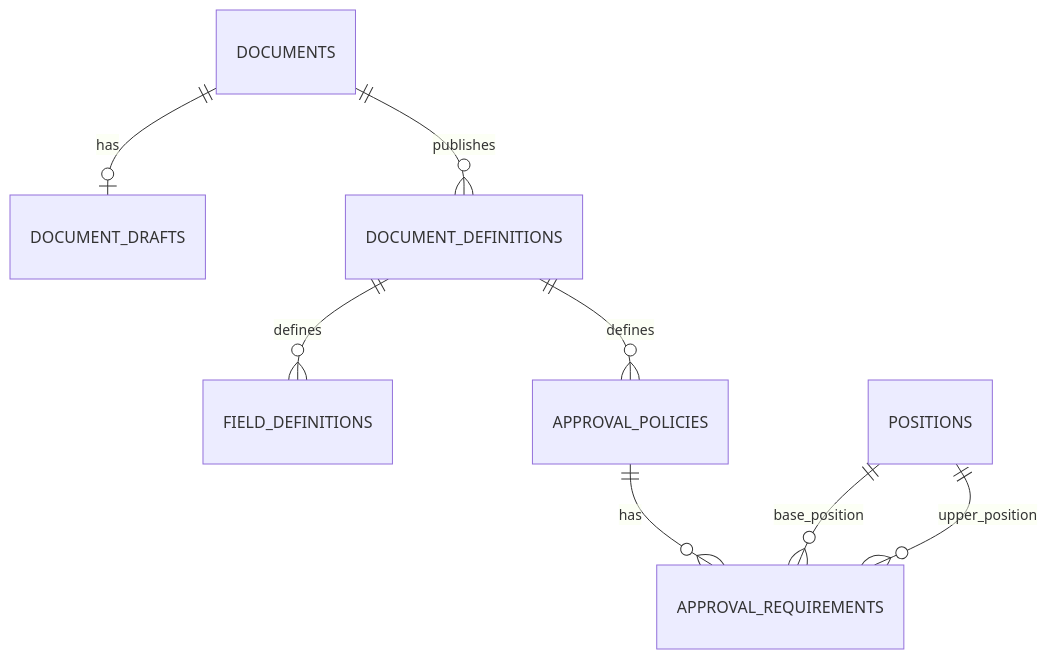
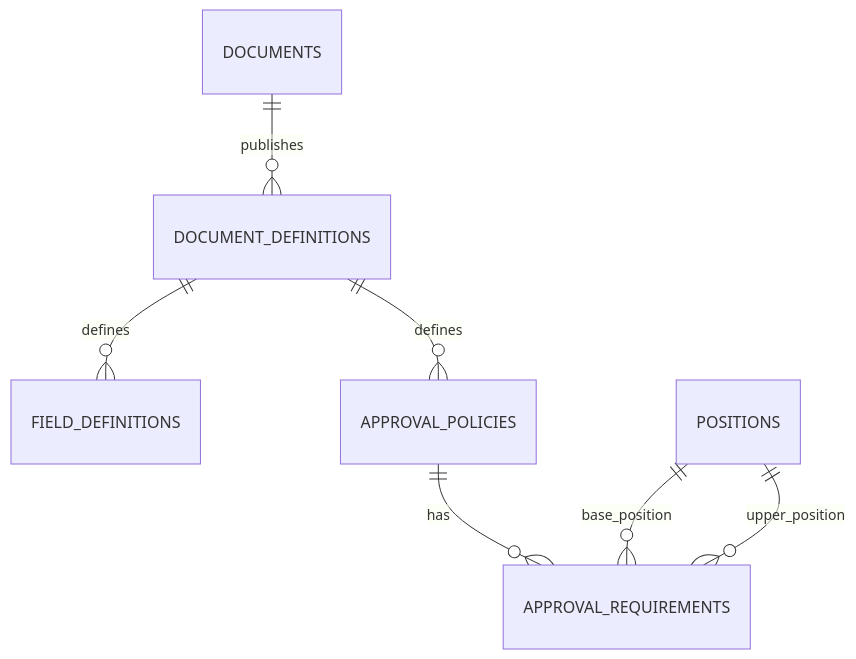
The first of 3 diagrams in docs/database/er-diagram.md (cheesecomer/workflow-studio), drawn with Mermaid before and after one commit. The commit also changed 5 other files, not shown here.

````diff
--- a/docs/database/er-diagram.md
+++ b/docs/database/er-diagram.md
@@ -19,13 +19,12 @@
 ```mermaid
 erDiagram
-    DOCUMENTS ||--o| DOCUMENT_DRAFTS : has
     DOCUMENTS ||--o{ DOCUMENT_DEFINITIONS : publishes
 
     DOCUMENT_DEFINITIONS ||--o{ FIELD_DEFINITIONS : defines
 
     DOCUMENT_DEFINITIONS ||--o{ APPROVAL_POLICIES : defines
     APPROVAL_POLICIES ||--o{ APPROVAL_REQUIREMENTS : has
 
     POSITIONS ||--o{ APPROVAL_REQUIREMENTS : base_position
     POSITIONS ||--o{ APPROVAL_REQUIREMENTS : upper_position
 ```
````
